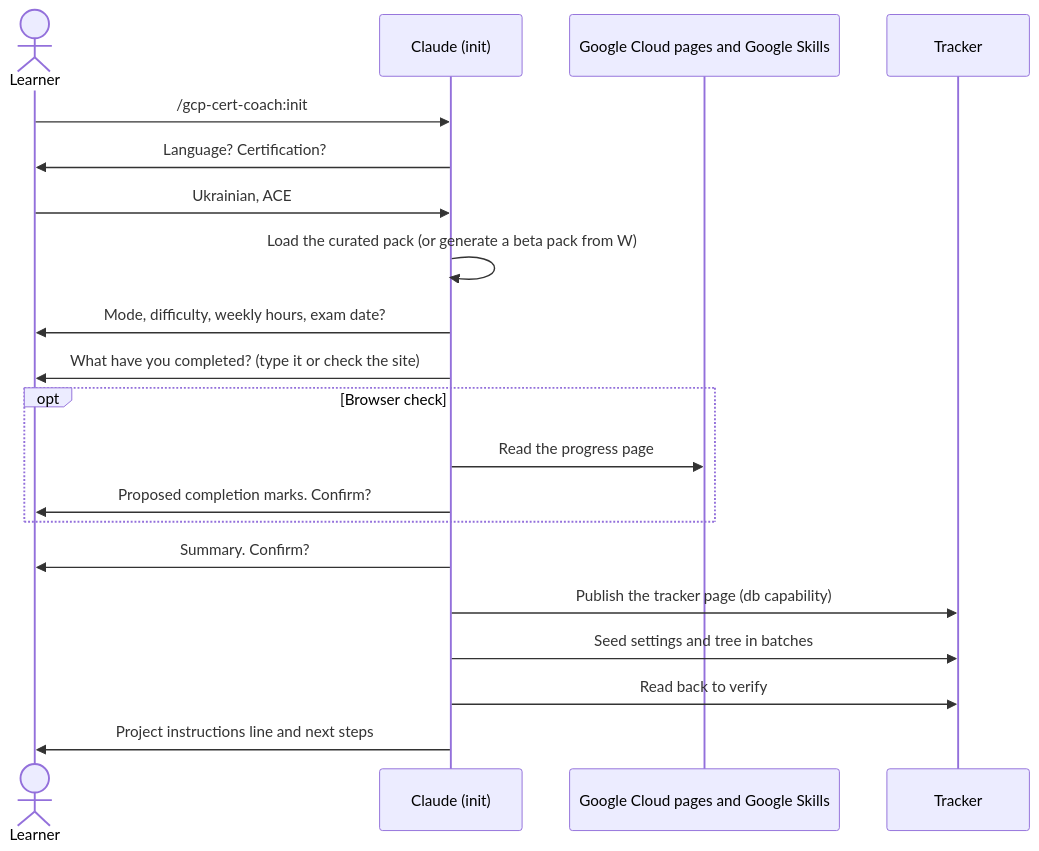
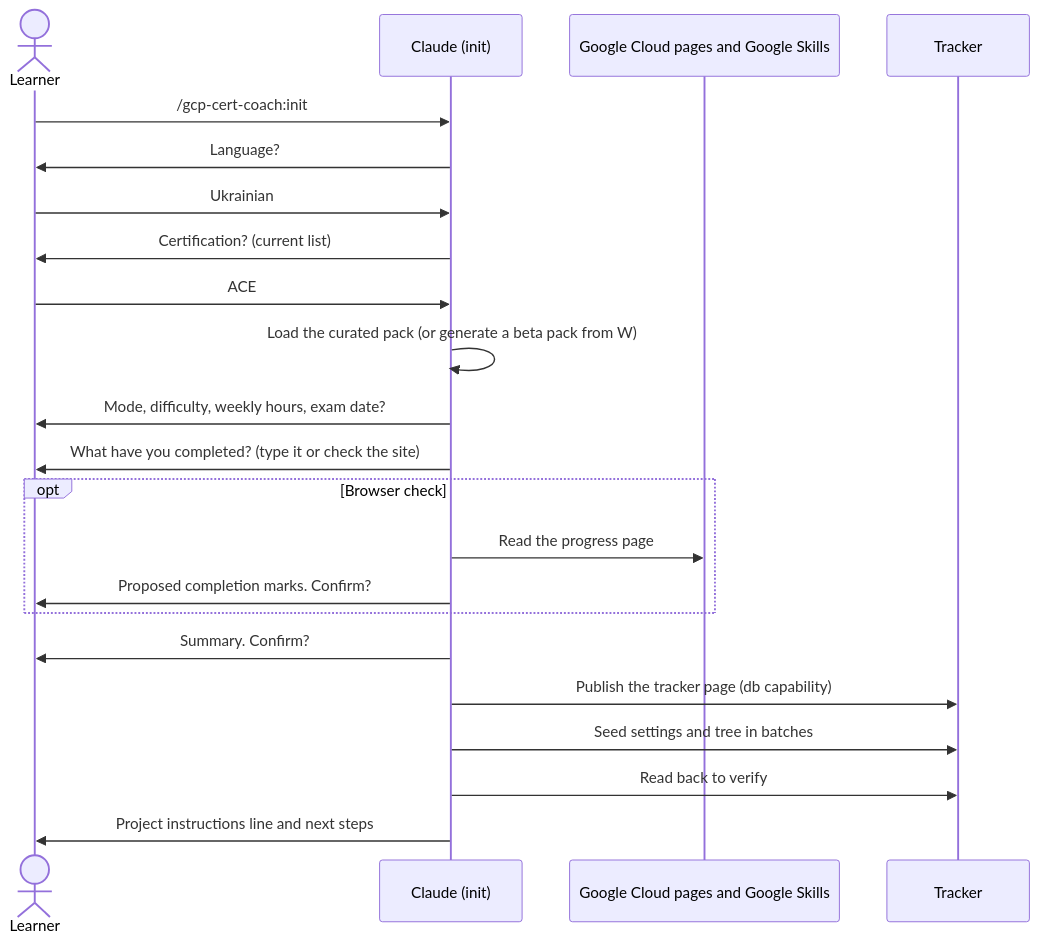
Before and after one commit to olehsov/gcp-certification-coach: the second of 5 diagrams in README.md, drawn with Mermaid. The commit also changed other lines of this file and 28 other files, not shown here.

````diff
--- a/README.md
+++ b/README.md
@@ -132,22 +132,24 @@
 ```mermaid
 sequenceDiagram
   actor L as Learner
   participant C as Claude (init)
   participant W as Google Cloud pages and Google Skills
   participant A as Tracker
   L->>C: /gcp-cert-coach:init
-  C->>L: Language? Certification?
-  L->>C: Ukrainian, ACE
+  C->>L: Language?
+  L->>C: Ukrainian
+  C->>L: Certification? (current list)
+  L->>C: ACE
   C->>C: Load the curated pack (or generate a beta pack from W)
   C->>L: Mode, difficulty, weekly hours, exam date?
   C->>L: What have you completed? (type it or check the site)
   opt Browser check
     C->>W: Read the progress page
     C->>L: Proposed completion marks. Confirm?
   end
   C->>L: Summary. Confirm?
   C->>A: Publish the tracker page (db capability)
   C->>A: Seed settings and tree in batches
   C->>A: Read back to verify
   C->>L: Project instructions line and next steps
 ```
````
